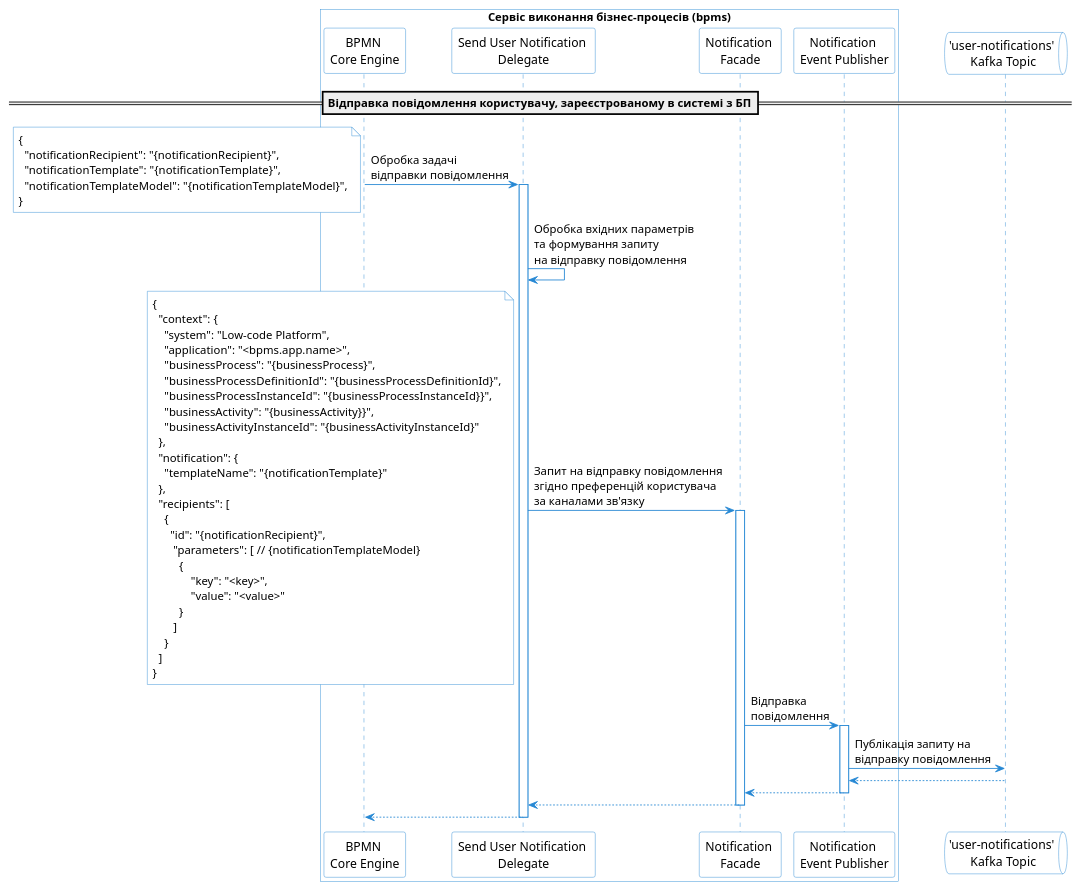
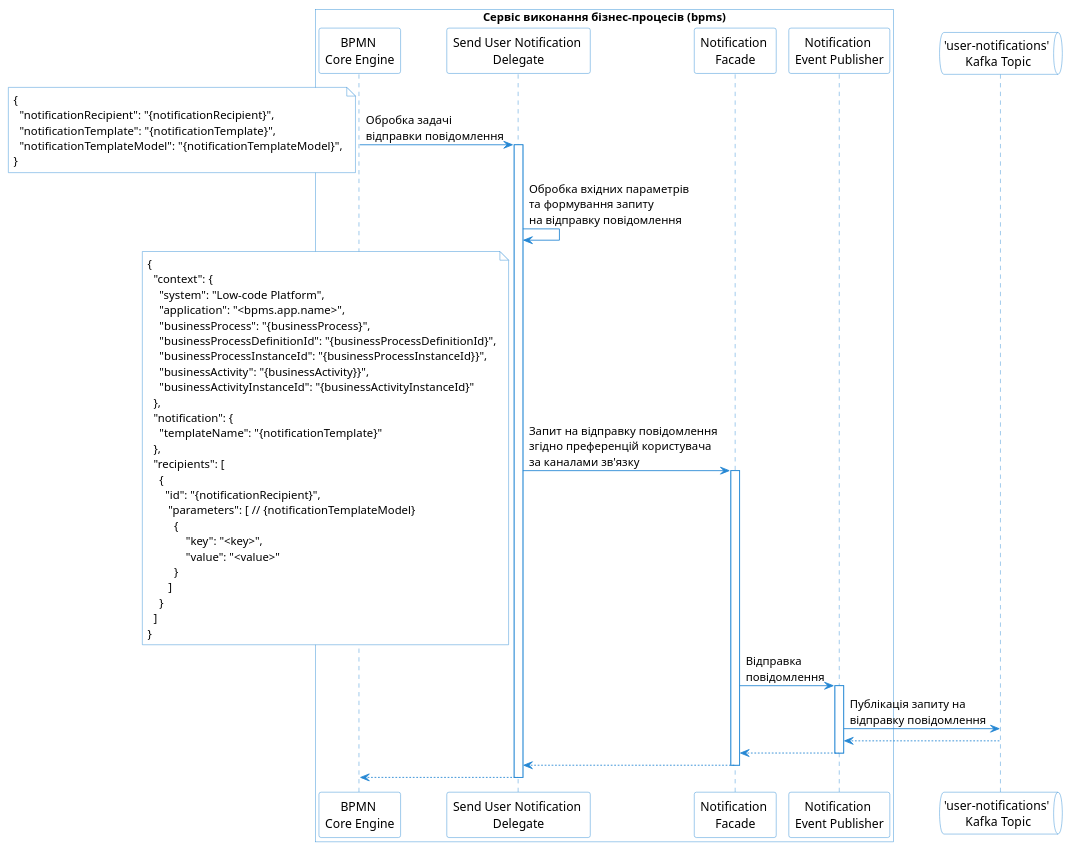
The diagram in modules/tech/partials/lowcode/notifications/bpm/bp-notification-flow.puml (epam/edp-ddm-architecture), drawn with PlantUML before and after one commit. The commit also changed 3 other files, not shown here.

```diff
--- a/modules/tech/partials/lowcode/notifications/bpm/bp-notification-flow.puml
+++ b/modules/tech/partials/lowcode/notifications/bpm/bp-notification-flow.puml
@@ -1,79 +1,77 @@
 @startuml
 skinparam shadowing false
 skinparam DatabaseBackgroundColor white
 skinparam DatabaseBorderColor #2688d4
 skinparam QueueBackgroundColor white
 skinparam QueueBorderColor #2688d4
 skinparam NoteBackgroundColor white
 skinparam NoteBorderColor #2688d4
 skinparam sequence {
     ArrowColor #2688d4
     ActorBorderColor #2688d4
     LifeLineBorderColor #2688d4
     ParticipantBorderColor #2688d4
     ParticipantBackgroundColor white
     BoxBorderColor #2688d4
     BoxBackgroundColor white
 }
 
 box "Сервіс виконання бізнес-процесів (bpms)"
     participant "BPMN \nCore Engine" as engine
     participant "Send User Notification \nDelegate" as send_notification_delegate
     participant "Notification \nFacade" as notification_facade
     participant "Notification \nEvent Publisher" as notification_kafka_publisher
 end box
 
 queue "'user-notifications'\n Kafka Topic" as user_notifications_kafka_topic
-
-== Відправка повідомлення користувачу, зареєстрованому в системі з БП==
 
 engine -> send_notification_delegate: Обробка задачі \nвідправки повідомлення
 note left
   {
     "notificationRecipient": "{notificationRecipient}",
     "notificationTemplate": "{notificationTemplate}",
     "notificationTemplateModel": "{notificationTemplateModel}",
   }
 end note
 activate send_notification_delegate
   send_notification_delegate -> send_notification_delegate: Обробка вхідних параметрів \nта формування запиту \nна відправку повідомлення
   send_notification_delegate -> notification_facade: Запит на відправку повідомлення \nзгідно преференцій користувача \nза каналами зв'язку
   note left
    {
      "context": {
        "system": "Low-code Platform",
        "application": "<bpms.app.name>",
        "businessProcess": "{businessProcess}",
        "businessProcessDefinitionId": "{businessProcessDefinitionId}",
        "businessProcessInstanceId": "{businessProcessInstanceId}}",
        "businessActivity": "{businessActivity}}",
        "businessActivityInstanceId": "{businessActivityInstanceId}"
      },
      "notification": {
        "templateName": "{notificationTemplate}"
      },
      "recipients": [
        {
          "id": "{notificationRecipient}",
           "parameters": [ // {notificationTemplateModel}
             {
                 "key": "<key>",
                 "value": "<value>"
             }
           ]
        }
      ]
    }
   end note
   activate notification_facade
     notification_facade -> notification_kafka_publisher: Відправка \nповідомлення
     activate notification_kafka_publisher
       notification_kafka_publisher -> user_notifications_kafka_topic: Публікація запиту на \nвідправку повідомлення
       user_notifications_kafka_topic --> notification_kafka_publisher
       notification_kafka_publisher --> notification_facade
     deactivate notification_kafka_publisher
     notification_facade --> send_notification_delegate
   deactivate notification_facade
   send_notification_delegate --> engine
 deactivate send_notification_delegate
 @enduml
```
